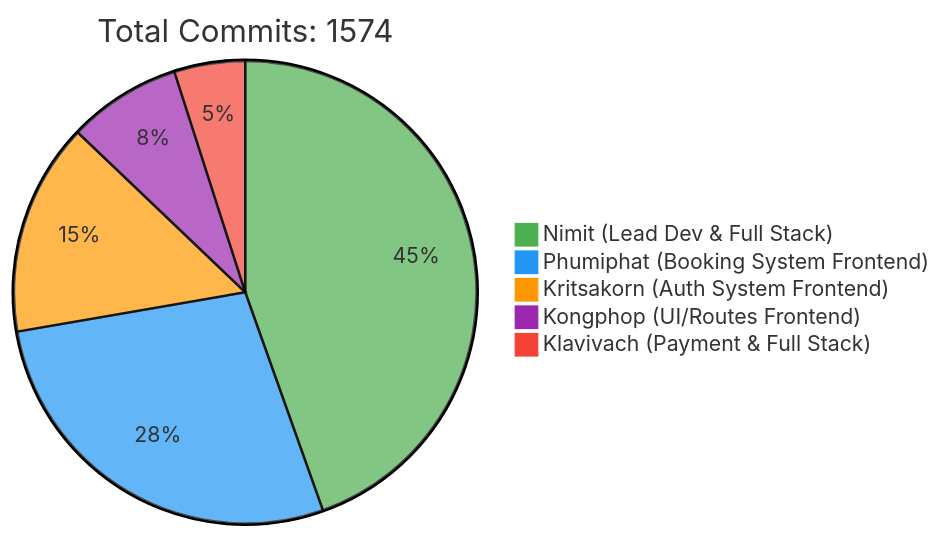
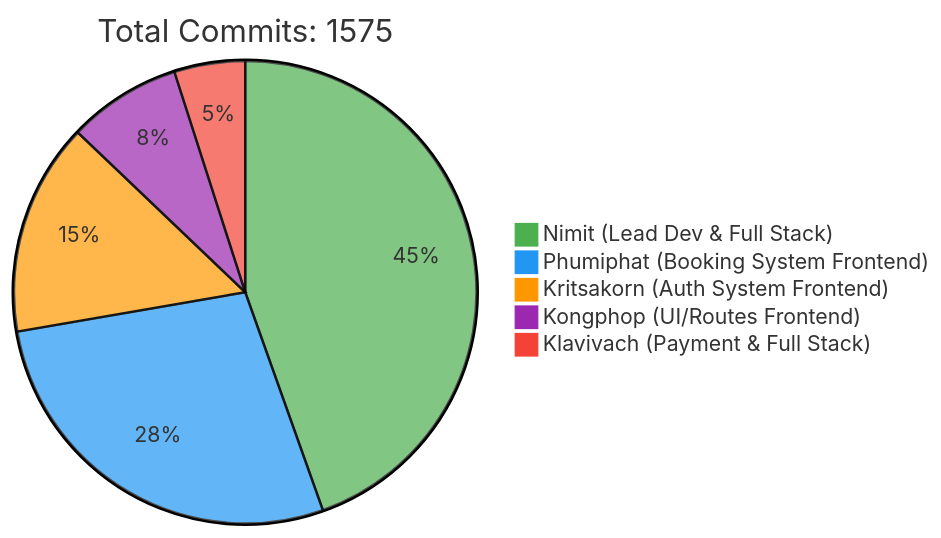
One commit to 6531503042/Sport-Complex changed the first of 2 diagrams in README.md. Above: the diagram before and after it, drawn with Mermaid. The commit also changed other lines of this file, not shown here.

Commit message:
docs: Update contributor statistics [skip ci]

````diff
--- a/README.md
+++ b/README.md
@@ -257,10 +257,10 @@
 ```mermaid
 %%{init: {'theme': 'base', 'themeVariables': { 'pie1': '#4CAF50', 'pie2': '#2196F3', 'pie3': '#FF9800', 'pie4': '#9C27B0', 'pie5': '#F44336'}}}%%
 pie
-    title Total Commits: 1574
+    title Total Commits: 1575
     "Nimit (Lead Dev & Full Stack)" : 450
     "Phumiphat (Booking System Frontend)" : 280
     "Kritsakorn (Auth System Frontend)" : 150
     "Kongphop (UI/Routes Frontend)" : 80
     "Klavivach (Payment & Full Stack)" : 50
 ```
````
